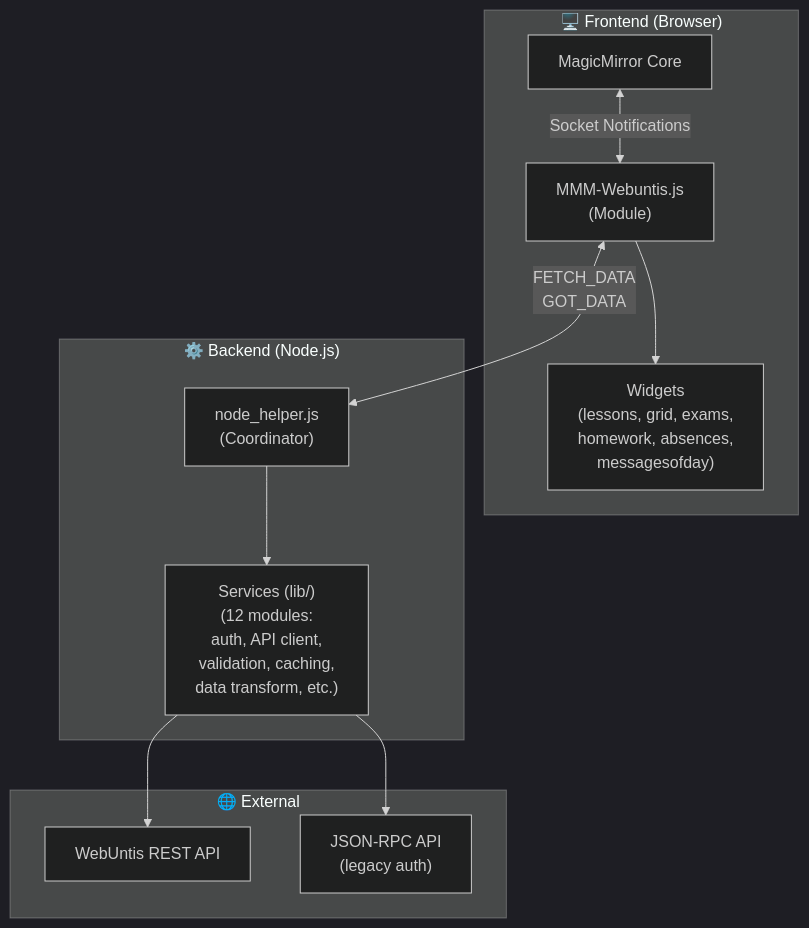
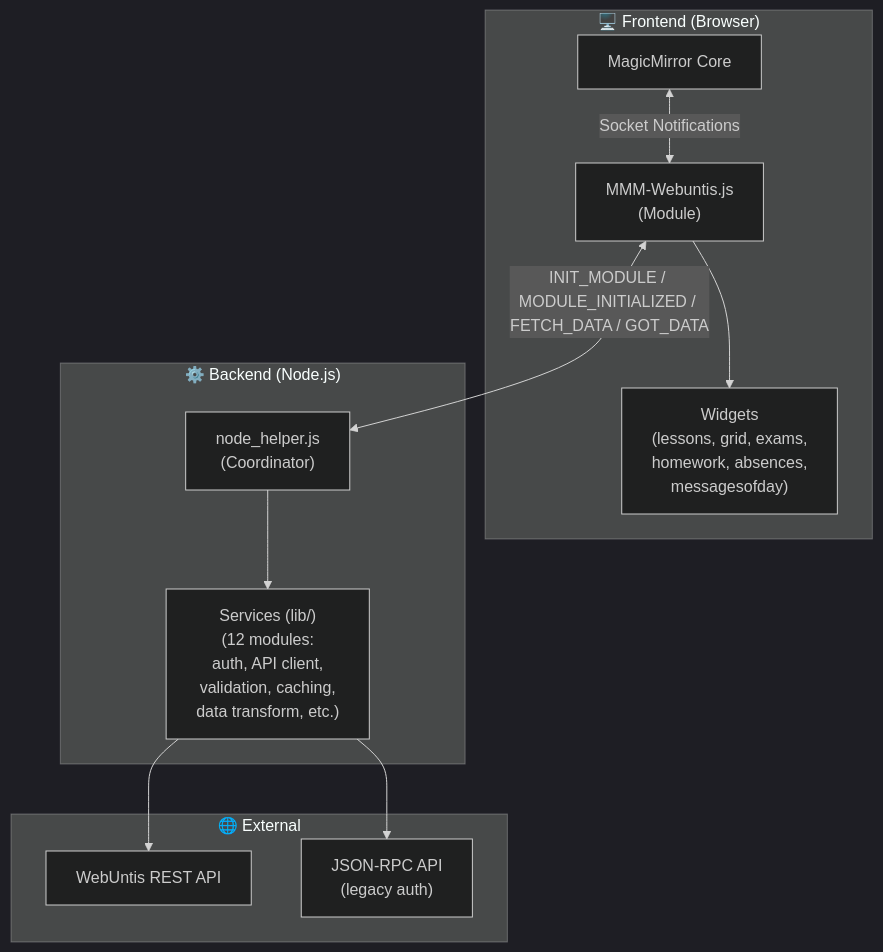
Before and after one commit to HeikoGr/MMM-Webuntis: the diagram in README.md, drawn with Mermaid (dark theme). The commit also changed 12 other files, not shown here.

````diff
--- a/README.md
+++ b/README.md
@@ -638,25 +638,25 @@
 ```mermaid
 graph TB
     subgraph Frontend["🖥️ Frontend (Browser)"]
         MM["MagicMirror Core"]
         FE["MMM-Webuntis.js<br/>(Module)"]
         Widgets["Widgets<br/>(lessons, grid, exams,<br/>homework, absences,<br/>messagesofday)"]
     end
 
     subgraph Backend["⚙️ Backend (Node.js)"]
         NH["node_helper.js<br/>(Coordinator)"]
         Services["Services (lib/)<br/>(12 modules:<br/>auth, API client,<br/>validation, caching,<br/>data transform, etc.)"]
     end
 
     subgraph External["🌐 External"]
         REST["WebUntis REST API"]
         JSONRPC["JSON-RPC API<br/>(legacy auth)"]
     end
 
     MM <-->|Socket Notifications| FE
-    FE <-->|FETCH_DATA<br/>GOT_DATA| NH
+    FE <-->|INIT_MODULE / MODULE_INITIALIZED / FETCH_DATA / GOT_DATA| NH
     FE --> Widgets
     NH --> Services
     Services --> REST
     Services --> JSONRPC
 ```
````
